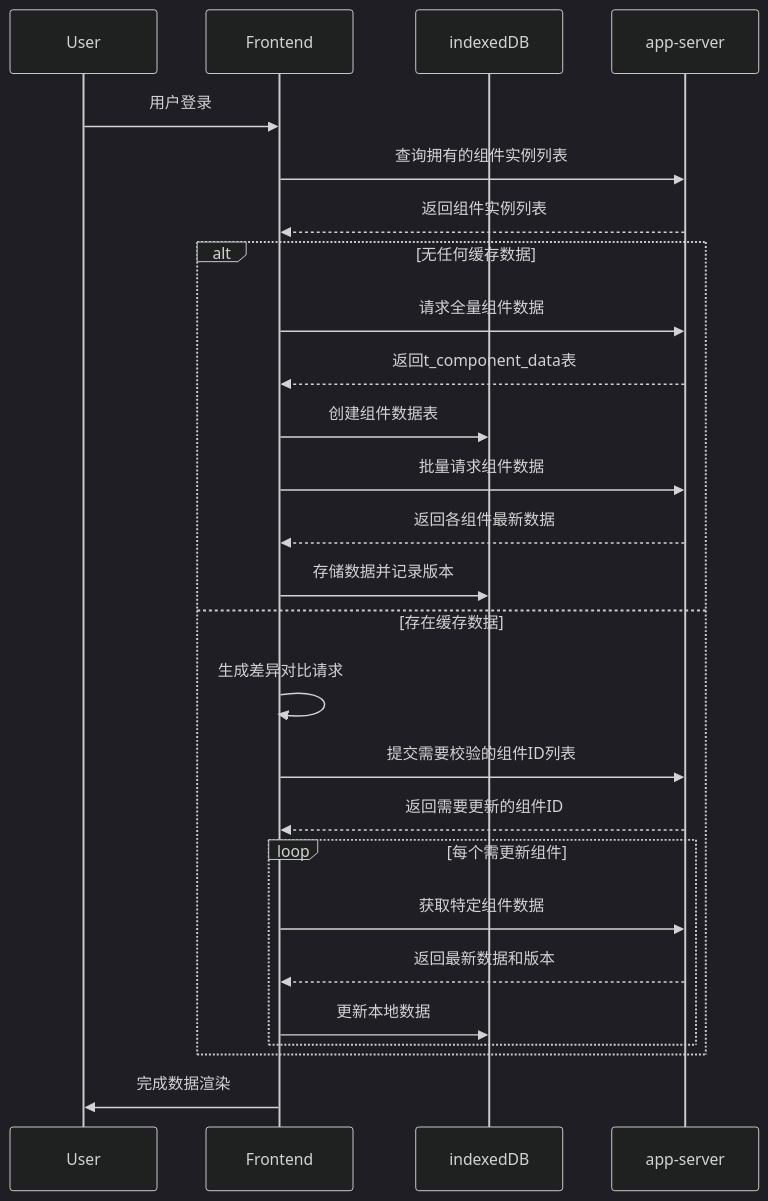
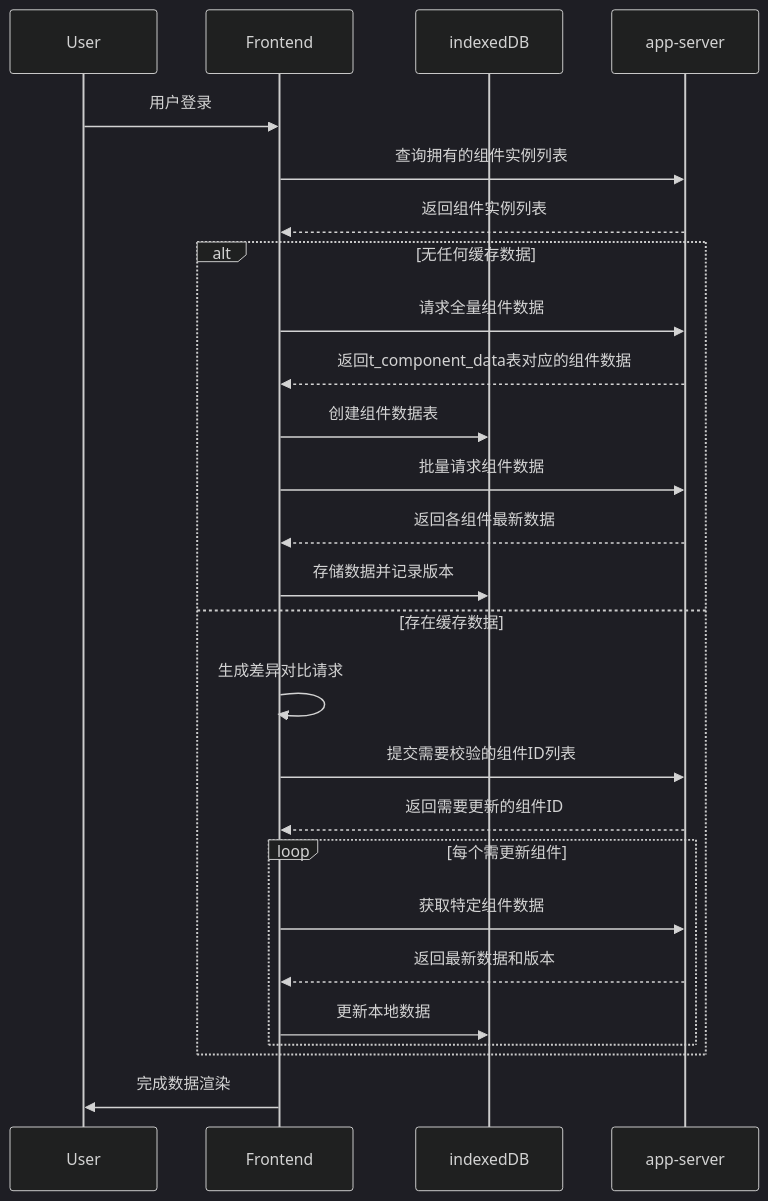
One commit to yingjianzh/iodraw-files changed the diagram in all/未命名-24.md. Above: the diagram before and after it, drawn with Mermaid (dark theme).

Commit message:
2025-02-24 17:08:01 update

````diff
--- a/all/未命名-24.md
+++ b/all/未命名-24.md
@@ -1,30 +1,30 @@
 ```mermaid
 sequenceDiagram
     participant User
     participant Frontend
     participant indexedDB
     participant app-server
 
     User->>Frontend: 用户登录
     Frontend->>app-server: 查询拥有的组件实例列表
     app-server-->>Frontend: 返回组件实例列表
     
     alt 无任何缓存数据
         Frontend->>app-server: 请求全量组件数据
-        app-server-->>Frontend: 返回t_component_data表
+        app-server-->>Frontend: 返回t_component_data表对应的组件数据
         Frontend->>indexedDB: 创建组件数据表
         Frontend->>app-server: 批量请求组件数据
         app-server-->>Frontend: 返回各组件最新数据
         Frontend->>indexedDB: 存储数据并记录版本
     else 存在缓存数据
         Frontend->>Frontend: 生成差异对比请求
         Frontend->>app-server: 提交需要校验的组件ID列表
         app-server-->>Frontend: 返回需要更新的组件ID
         loop 每个需更新组件
             Frontend->>app-server: 获取特定组件数据
             app-server-->>Frontend: 返回最新数据和版本
             Frontend->>indexedDB: 更新本地数据
         end
     end
     Frontend->>User: 完成数据渲染
 ```
````
